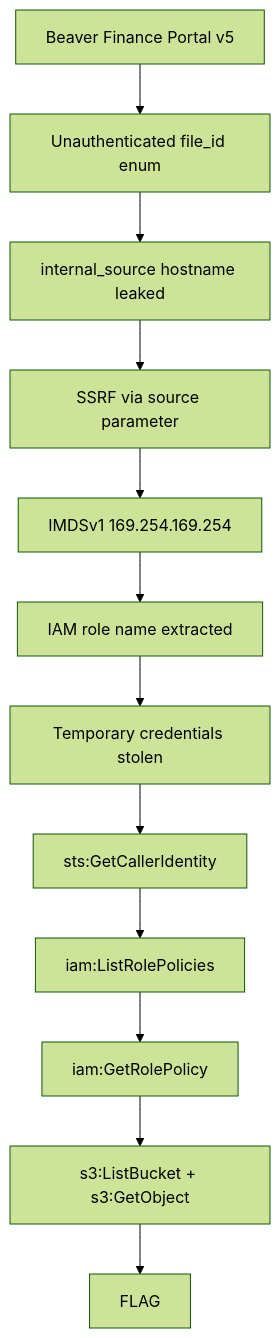
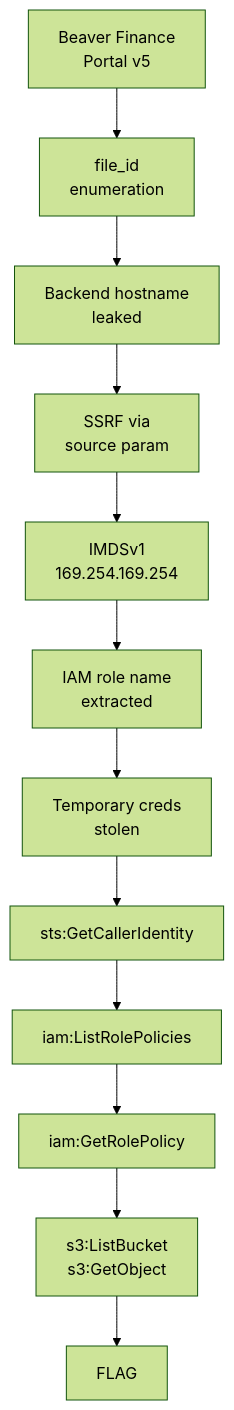
One commit to Beaver-Dam-Community/GnawLab changed the diagram in scenarios/aws/02-shadow-api/legacy-bridge/README.md. Above: the diagram before and after it, drawn with Mermaid (forest theme).

Commit message:
fix: shorten mermaid node text to prevent cutoff in legacy-bridge README

````diff
--- a/scenarios/aws/02-shadow-api/legacy-bridge/README.md
+++ b/scenarios/aws/02-shadow-api/legacy-bridge/README.md
@@ -67,14 +67,14 @@
 ```mermaid
 flowchart TB
-    A["Beaver Finance Portal v5"] --> B["Unauthenticated file_id enum"]
-    B --> C["internal_source hostname leaked"]
-    C --> D["SSRF via source parameter"]
-    D --> E["IMDSv1 169.254.169.254"]
-    E --> F["IAM role name extracted"]
-    F --> G["Temporary credentials stolen"]
+    A["Beaver Finance<br/>Portal v5"] --> B["file_id<br/>enumeration"]
+    B --> C["Backend hostname<br/>leaked"]
+    C --> D["SSRF via<br/>source param"]
+    D --> E["IMDSv1<br/>169.254.169.254"]
+    E --> F["IAM role name<br/>extracted"]
+    F --> G["Temporary creds<br/>stolen"]
     G --> H["sts:GetCallerIdentity"]
     H --> I["iam:ListRolePolicies"]
     I --> J["iam:GetRolePolicy"]
-    J --> K["s3:ListBucket + s3:GetObject"]
+    J --> K["s3:ListBucket<br/>s3:GetObject"]
     K --> L["FLAG"]
 ```
````
